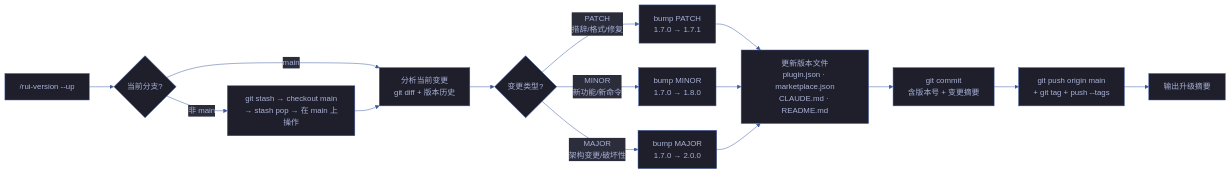
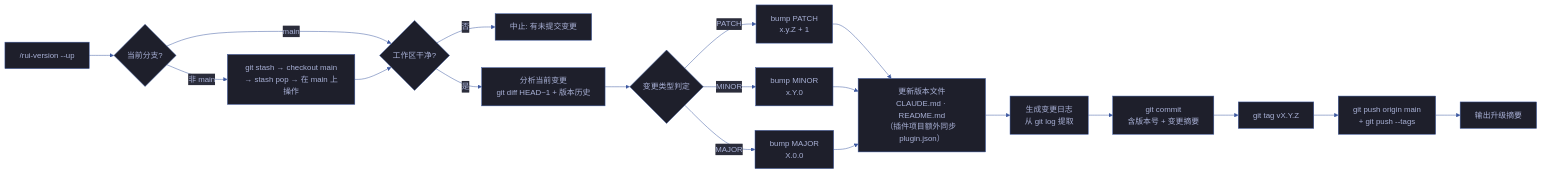
The first of 5 diagrams in skills/rui-version/SKILL.md (effiy/YrY), drawn with Mermaid before and after one commit. The commit also changed other lines of this file and 1028 other files, not shown here.

````diff
--- a/skills/rui-version/SKILL.md
+++ b/skills/rui-version/SKILL.md
@@ -18,25 +22,29 @@
 ```mermaid
 %%{init: {'theme': 'base', 'themeVariables': {
   'primaryColor': '#1e1f2b',
   'primaryTextColor': '#a9b1d6',
   'primaryBorderColor': '#3d59a1',
   'lineColor': '#3d59a1',
   'secondaryColor': '#2b2d3b',
   'tertiaryColor': '#21232f'
 }}}%%
 flowchart LR
     CMD["/rui-version --up"]:::src --> CHECK{"当前分支?"}
     CHECK -->|"非 main"| STASH["git stash → checkout main<br/>→ stash pop → 在 main 上操作"]:::op
-    CHECK -->|"main"| ANALYZE["分析当前变更<br/>git diff + 版本历史"]:::op
-    STASH --> ANALYZE
-    ANALYZE --> DECIDE{"变更类型?"}
-    DECIDE -->|"PATCH<br/>措辞/格式/修复"| PATCH["bump PATCH<br/>1.7.0 → 1.7.1"]:::op
-    DECIDE -->|"MINOR<br/>新功能/新命令"| MINOR["bump MINOR<br/>1.7.0 → 1.8.0"]:::op
-    DECIDE -->|"MAJOR<br/>架构变更/破坏性"| MAJOR["bump MAJOR<br/>1.7.0 → 2.0.0"]:::op
-    PATCH --> UPDATE["更新版本文件<br/>plugin.json · marketplace.json<br/>CLAUDE.md · README.md"]:::op
+    CHECK -->|"main"| CLEAN{"工作区干净?"}
+    STASH --> CLEAN
+    CLEAN -->|"否"| ABORT["中止: 有未提交变更"]:::abort
+    CLEAN -->|"是"| ANALYZE["分析当前变更<br/>git diff HEAD~1 + 版本历史"]:::op
+    ANALYZE --> DECIDE{"变更类型判定"}
+    DECIDE -->|"PATCH"| PATCH["bump PATCH<br/>x.y.Z + 1"]:::op
+    DECIDE -->|"MINOR"| MINOR["bump MINOR<br/>x.Y.0"]:::op
+    DECIDE -->|"MAJOR"| MAJOR["bump MAJOR<br/>X.0.0"]:::op
+    PATCH --> UPDATE["更新版本文件<br/>CLAUDE.md · README.md<br/>（插件项目额外同步 plugin.json）"]:::op
     MINOR --> UPDATE
     MAJOR --> UPDATE
-    UPDATE --> COMMIT["git commit<br/>含版本号 + 变更摘要"]:::op
-    COMMIT --> PUSH["git push origin main<br/>+ git tag + push --tags"]:::op
+    UPDATE --> CHANGELOG["生成变更日志<br/>从 git log 提取"]:::op
+    CHANGELOG --> COMMIT["git commit<br/>含版本号 + 变更摘要"]:::op
+    COMMIT --> TAG["git tag vX.Y.Z"]:::op
+    TAG --> PUSH["git push origin main<br/>+ git push --tags"]:::op
     PUSH --> REPORT["输出升级摘要"]:::out
 ```
````
